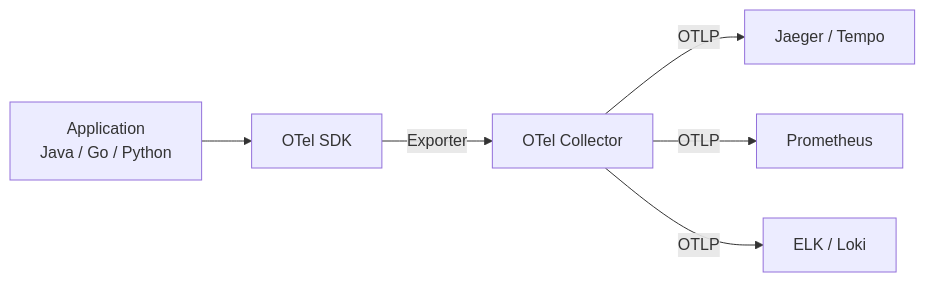
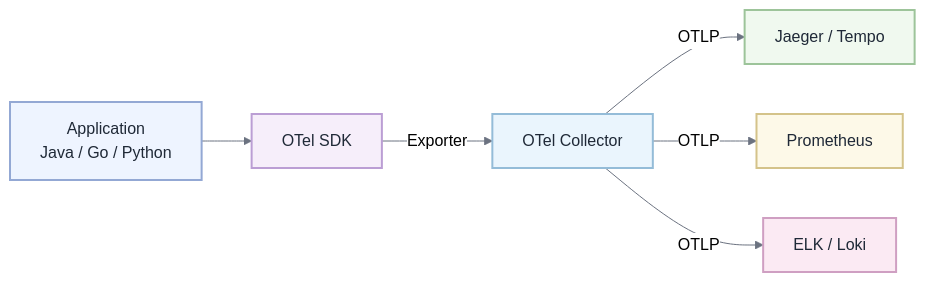
One commit to MishaSytch/middle_java_back changed the first of 3 diagrams in docs/interview/observability-monitoring.md. Above: the diagram before and after it, drawn with Mermaid. The commit also changed other lines of this file and 15 other files, not shown here.

````diff
--- a/docs/interview/observability-monitoring.md
+++ b/docs/interview/observability-monitoring.md
@@ -41,8 +41,21 @@
 ```mermaid
+%%{init: { 'theme': 'neutral', 'themeVariables': { 'primaryColor': '#ffffff', 'primaryTextColor': '#1f2937', 'lineColor': '#6b7280', 'primaryBorderColor': '#d1d5db', 'secondaryColor': '#f3f4f6', 'tertiaryColor': '#e5e7eb' } } }%%
 flowchart LR
     App["Application<br/>Java / Go / Python"] --> SDK["OTel SDK"]
     SDK -->|"Exporter"| Collector["OTel Collector"]
     Collector -->|"OTLP"| Backend1["Jaeger / Tempo"]
     Collector -->|"OTLP"| Backend2["Prometheus"]
     Collector -->|"OTLP"| Backend3["ELK / Loki"]
+    classDef n0 fill:#eef4ff,stroke:#93a8d4,stroke-width:2px,color:#1f2937
+    classDef n1 fill:#f6eefa,stroke:#bb9ed4,stroke-width:2px,color:#1f2937
+    classDef n2 fill:#eaf5fd,stroke:#94bcd8,stroke-width:2px,color:#1f2937
+    classDef n3 fill:#f0f9ef,stroke:#9dc49a,stroke-width:2px,color:#1f2937
+    classDef n4 fill:#fdf9e8,stroke:#d4c38a,stroke-width:2px,color:#1f2937
+    classDef n5 fill:#fbeaf3,stroke:#cf9fc2,stroke-width:2px,color:#1f2937
+    class App n0
+    class SDK n1
+    class Collector n2
+    class Backend1 n3
+    class Backend2 n4
+    class Backend3 n5
 ```
````
